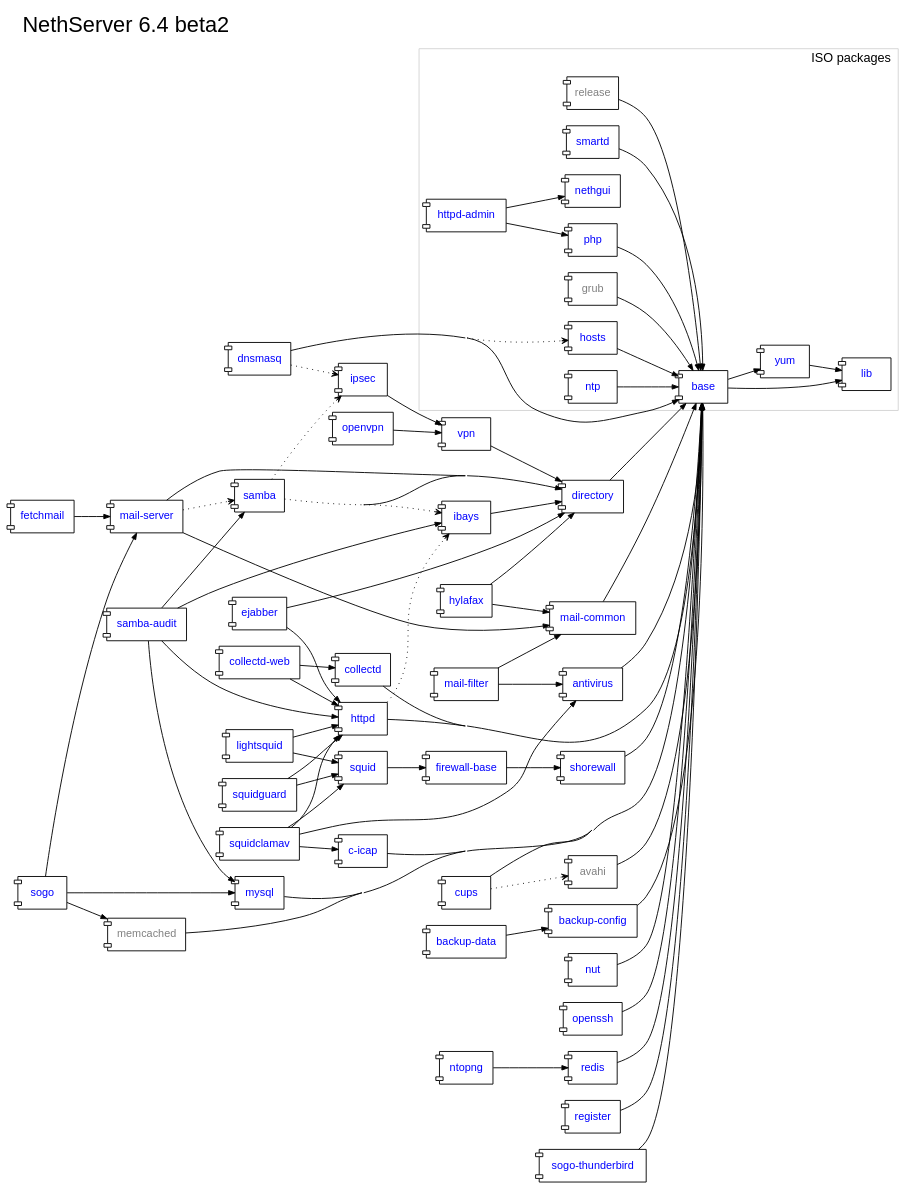
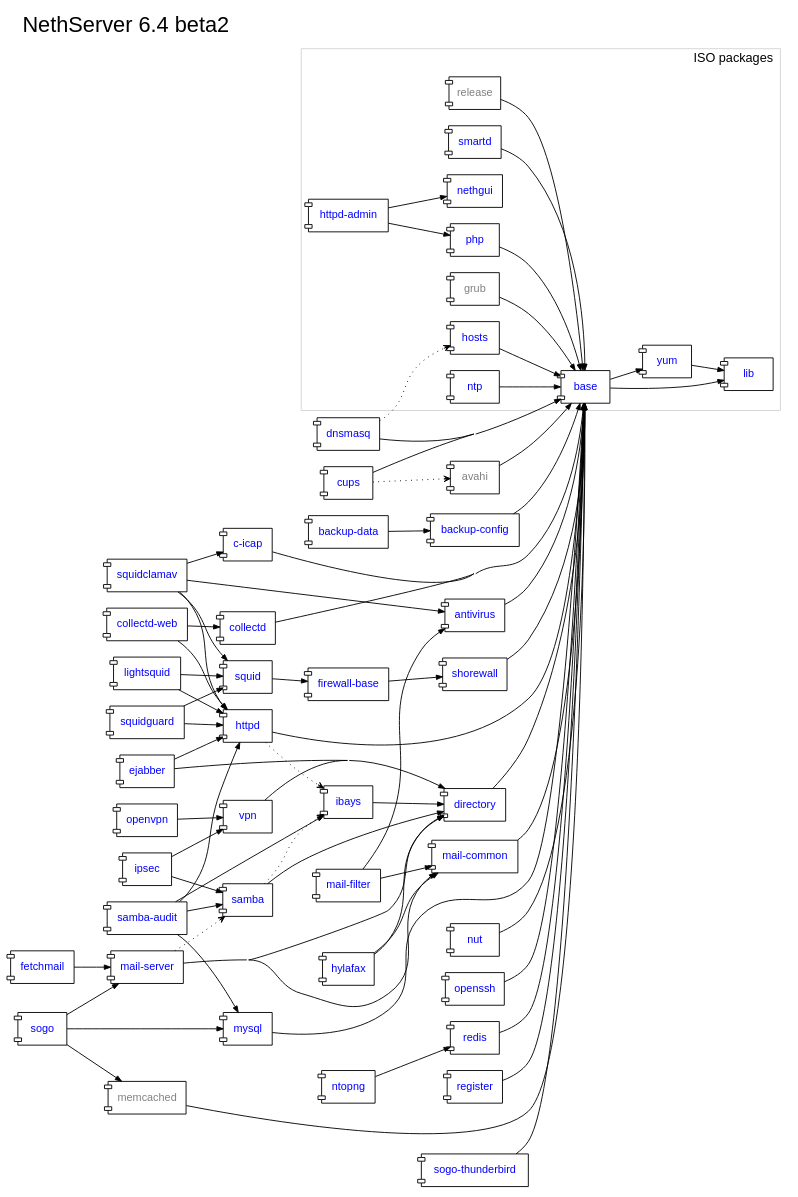
One commit to nethesis/dev-nethesis-it changed the diagram in nethserver/package-dependencies.dot. Above: the diagram before and after it, drawn with Graphviz.

Commit message:
netherver-ipsec requires nethserver-samba. Refs #2294

```diff
--- a/nethserver/package-dependencies.dot
+++ b/nethserver/package-dependencies.dot
@@ -1,149 +1,148 @@
 digraph "v6.4-beta2" {
 	rankdir = "LR";
 	compound = true;
 	concentrate = true;
 	label="NethServer 6.4 beta2";
 	fontsize = 24.0
 	labelloc = "t";
 	labeljust = "l";
 	fontname="sans-serif";
 	
 
 	node [shape="component",fontname="sans-serif",fontcolor=blue,fontsize=12.0];
 	edge [arrowsize=0.7];
 
 	subgraph {
 		antivirus [URL="http://dev.nethesis.it/projects/nethserver/wiki/nethserver-antivirus"];
 		avahi [fontcolor=gray];
 		backup_config [label="backup-config",URL="http://dev.nethesis.it/projects/nethserver/wiki/nethserver-backup"];
 		backup_data [label="backup-data",URL="http://dev.nethesis.it/projects/nethserver/wiki/nethserver-backup"];   
 		c_icap [label="c-icap",URL="http://dev.nethesis.it/projects/nethserver/wiki/nethserver-c-icap"];
 		collectd [URL="http://dev.nethesis.it/projects/nethserver/wiki/nethserver-collectd"];
 		collectd_web [label="collectd-web",URL="http://dev.nethesis.it/projects/nethserver/wiki/nethserver-collectd-web"];
 		cups [URL="http://dev.nethesis.it/projects/nethserver-cups/wiki/nethserver-cups"];
 		directory [URL="http://dev.nethesis.it/projects/nethserver/wiki/nethserver-directory"];
 		dnsmasq [URL="http://dev.nethesis.it/projects/nethserver/wiki/nethserver-dnsmasq"];
 		ejabber [URL="http://dev.nethesis.it/projects/nethserver-ejabberd/wiki/nethserver-ejabberd"];
 		fetchmail [URL="http://dev.nethesis.it/projects/nethserver-fetchmail/wiki/nethserver-fetchmail"];
 		firewall_base [label="firewall-base",URL="http://dev.nethesis.it/projects/nethserver-ejabberd/wiki/nethserver-firewall-base"];
 		httpd [URL="http://dev.nethesis.it/projects/nethserver/wiki/nethserver-httpd"];
 		hylafax [URL="http://dev.nethesis.it/projects/nethserver-hylafax/wiki/nethserver-hylafax"];
 		ibays [URL="http://dev.nethesis.it/projects/nethserver/wiki/nethserver-ibays"];
 		ipsec [URL="http://dev.nethesis.it/projects/nethserver/wiki/nethserver-ipsec"];    
 		lightsquid [URL="http://dev.nethesis.it/projects/nethserver/wiki/nethserver-lightsquid"];
 		mail_common [label="mail-common",URL="http://dev.nethesis.it/projects/nethserver/wiki/nethserver-mail-common"];
 		mail_filter [label="mail-filter",URL="http://dev.nethesis.it/projects/nethserver/wiki/nethserver-mail-filter"];
 		mail_server [label="mail-server",URL="http://dev.nethesis.it/projects/nethserver/wiki/nethserver-mail-server"];
 		memcached [fontcolor=gray];
 		mysql [URL="http://dev.nethesis.it/projects/nethserver/wiki/nethserver-mysql"];
 		ntopng [URL="http://dev.nethesis.it/projects/nethserver/wiki/nethserver-ntopng"];
 		nut [URL="http://dev.nethesis.it/projects/nethserver/wiki/nethserver-nut"];
 		openssh [URL="http://dev.nethesis.it/projects/nethserver/wiki/nethserver-openssh"];
 		openvpn [URL="http://dev.nethesis.it/projects/nethserver/wiki/nethserver-openvpn"];
 		redis [URL="http://dev.nethesis.it/projects/nethserver/wiki/nethserver-redis"];
 		register [URL="http://dev.nethesis.it/projects/nethserver/wiki/nethserver-register"];
 		samba [URL="http://dev.nethesis.it/projects/nethserver/wiki/nethserver-samba"];
 		samba_audit [label="samba-audit",URL="http://dev.nethesis.it/projects/nethserver/wiki/nethserver-samba-audit"];
 		shorewall [URL="https://dev.nethesis.it/projects/nethserver/wiki/nethserver-shorewall"];        
 		sogo [URL="https://dev.nethesis.it/projects/nethserver/wiki/nethserver-sogo"];
 		sogo_thunderbird [label="sogo-thunderbird",URL="https://dev.nethesis.it/projects/nethserver/wiki/nethserver-sogo-thunderbird"];
 		squid [URL="https://dev.nethesis.it/projects/nethserver/wiki/nethserver-squid"];
 		squidclamav [URL="https://dev.nethesis.it/projects/nethserver/wiki/nethserver-squidclamav"];
 		squidguard [URL="https://dev.nethesis.it/projects/nethserver/wiki/nethserver-squidguard"];
 		vpn [URL="http://dev.nethesis.it/projects/nethserver/wiki/nethserver-vpn"];
 		
 		subgraph cluster_iso {
 			label="ISO packages"
 			color=lightgray
 			labelloc = "t";
 			labeljust = "r";
 			fontsize = 14.0
 			base [URL="http://dev.nethesis.it/projects/nethserver/wiki/nethserver-base"];
 			grub [fontcolor=gray];
 			hosts [URL="http://dev.nethesis.it/projects/nethserver/wiki/nethserver-hosts"];			
 			httpd_admin [label="httpd-admin",URL="http://dev.nethesis.it/projects/nethserver/wiki/nethserver-httpd-admin"];
 			lib [URL="http://dev.nethesis.it/projects/nethserver/wiki/nethserver-lib"];
 			nethgui [URL="http://dev.nethesis.it/projects/nethgui"];
 			ntp [URL="http://dev.nethesis.it/projects/nethserver/wiki/nethserver-ntp"];
 			php [URL="http://dev.nethesis.it/projects/nethserver/wiki/nethserver-php"];			
 			release [fontcolor=gray];
 			smartd [URL="https://dev.nethesis.it/projects/nethserver/wiki/nethserver-smartd"];
 			yum [URL="http://dev.nethesis.it/projects/nethserver/wiki/nethserver-yum"];
 		}
 	}
 
 	
 	antivirus -> base
 	avahi -> base
 	backup_config -> base
 	backup_data -> backup_config
 	base -> lib
 	base -> yum
 	yum -> lib
 	c_icap -> base
 	collectd -> base
 	collectd_web -> collectd
 	collectd_web -> httpd
 	cups -> base
 	directory -> base
 	dnsmasq -> base
 	ejabber -> directory
 	ejabber -> httpd
 	fetchmail -> mail_server
 	firewall_base -> shorewall
 	grub -> base
 	hosts -> base
 	httpd -> base
 	httpd_admin -> nethgui
 	httpd_admin -> php
 	hylafax -> directory
 	hylafax -> mail_common
 	ibays -> directory
 	ipsec -> vpn
+	ipsec -> samba
 	lightsquid -> httpd
 	lightsquid -> squid
 	mail_common -> base
 	mail_filter -> antivirus
 	mail_filter -> mail_common
 	mail_server -> directory
 	mail_server -> mail_common
 	memcached -> base
 	mysql -> base
 	ntopng -> redis
 	ntp -> base
 	nut -> base
 	openssh -> base
 	openvpn -> vpn
 	php -> base
 	redis -> base
 	register -> base
 	release -> base
 	samba -> directory
 	samba_audit -> httpd
 	samba_audit -> ibays
 	samba_audit -> mysql
 	samba_audit -> samba
 	shorewall -> base
 	smartd -> base
 	sogo -> mail_server
 	sogo -> memcached
 	sogo -> mysql
 	sogo_thunderbird -> base
 	squid -> firewall_base
 	squidclamav -> antivirus
 	squidclamav -> c_icap
 	squidclamav -> httpd
 	squidclamav -> squid
 	squidguard -> httpd
 	squidguard -> squid
 	vpn -> directory
 
 	cups -> avahi [style=dotted,arrowhead=vee];
 	dnsmasq -> hosts [style=dotted,arrowhead=vee];
-	dnsmasq -> ipsec [style=dotted,arrowhead=vee];    
 	httpd -> ibays [style=dotted,arrowhead=vee];
 	mail_server -> samba [style=dotted,arrowhead=vee];    
 	samba -> ibays [style=dotted,arrowhead=vee];
-	samba -> ipsec [style=dotted,arrowhead=vee];   
 	
 }
```
